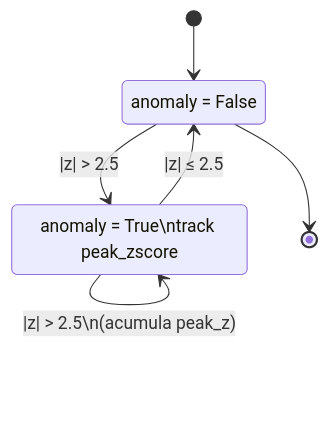
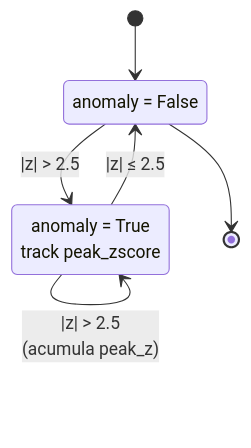
The ninth of 11 diagrams in docs/analytics.md (JavierArriagada/SAG-Mill-Degradation-Monitor), drawn with Mermaid before and after one commit. The commit also changed other lines of this file and 3 other files, not shown here.

Commit message:
docs: improve mermaid diagram formatting for better readability

````diff
--- a/docs/analytics.md
+++ b/docs/analytics.md
@@ -212,12 +212,12 @@
 ```mermaid
 stateDiagram-v2
     [*] --> Normal
     Normal --> Anomaly : |z| > 2.5
     Anomaly --> Normal : |z| ≤ 2.5
-    Anomaly --> Anomaly : |z| > 2.5\n(acumula peak_z)
+    Anomaly --> Anomaly : |z| > 2.5<br>(acumula peak_z)
 
     Normal : anomaly = False
-    Anomaly : anomaly = True\ntrack peak_zscore
+    Anomaly : anomaly = True<br>track peak_zscore
 
     Normal --> [*]
 ```
````
